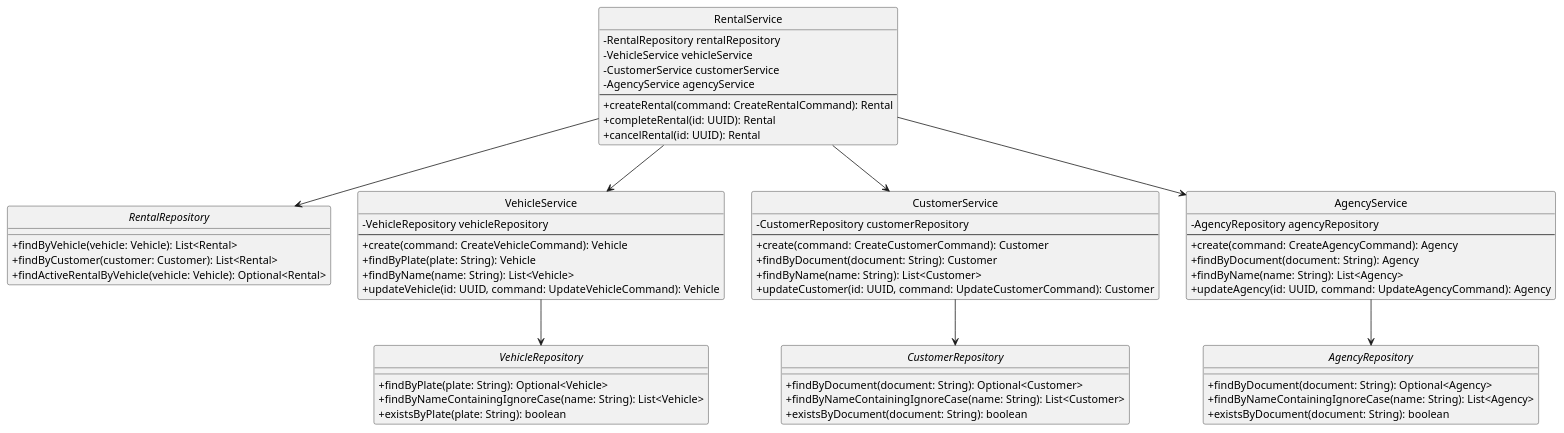
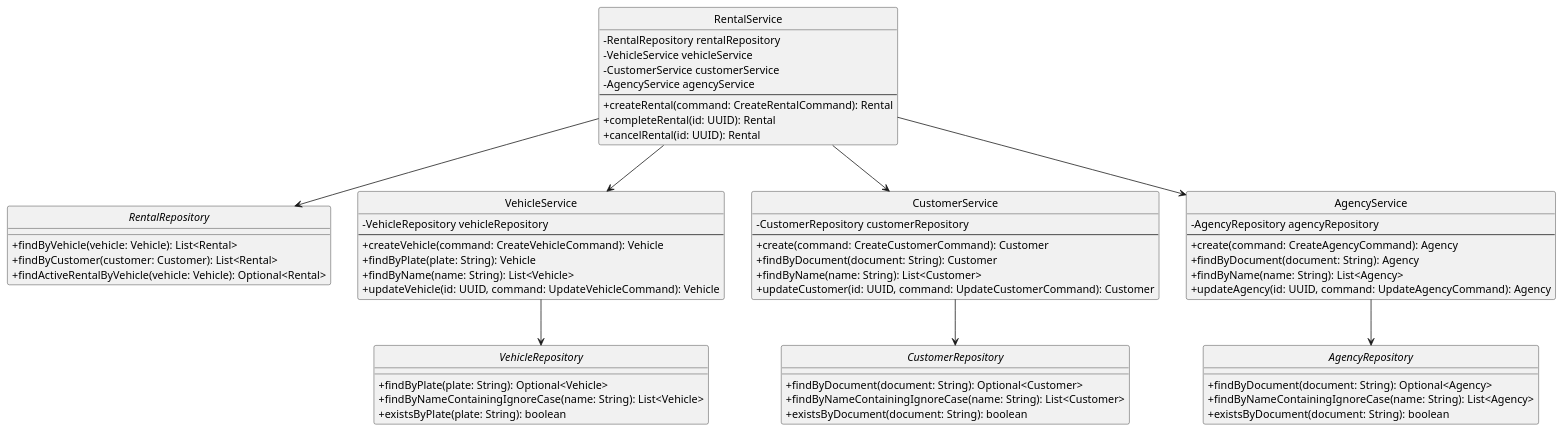
Before and after one commit to dluks82/coders24-vehicle-rental: the diagram in backend/assets/diagrams/ServicesAndRepositories.puml, drawn with PlantUML. The commit also changed 4 other files, not shown here.

```diff
--- a/backend/assets/diagrams/ServicesAndRepositories.puml
+++ b/backend/assets/diagrams/ServicesAndRepositories.puml
@@ -1,81 +1,81 @@
 @startuml Services and Repositories
 
 ' Styling
 skinparam classAttributeIconSize 0
 skinparam style strictuml
 skinparam componentStyle uml2
 
 ' Repositories
 interface VehicleRepository {
     +findByPlate(plate: String): Optional<Vehicle>
     +findByNameContainingIgnoreCase(name: String): List<Vehicle>
     +existsByPlate(plate: String): boolean
 }
 
 interface CustomerRepository {
     +findByDocument(document: String): Optional<Customer>
     +findByNameContainingIgnoreCase(name: String): List<Customer>
     +existsByDocument(document: String): boolean
 }
 
 interface AgencyRepository {
     +findByDocument(document: String): Optional<Agency>
     +findByNameContainingIgnoreCase(name: String): List<Agency>
     +existsByDocument(document: String): boolean
 }
 
 interface RentalRepository {
     +findByVehicle(vehicle: Vehicle): List<Rental>
     +findByCustomer(customer: Customer): List<Rental>
     +findActiveRentalByVehicle(vehicle: Vehicle): Optional<Rental>
 }
 
 ' Services
 class VehicleService {
     -VehicleRepository vehicleRepository
     --
-    +create(command: CreateVehicleCommand): Vehicle
+    +createVehicle(command: CreateVehicleCommand): Vehicle
     +findByPlate(plate: String): Vehicle
     +findByName(name: String): List<Vehicle>
     +updateVehicle(id: UUID, command: UpdateVehicleCommand): Vehicle
 }
 
 class CustomerService {
     -CustomerRepository customerRepository
     --
     +create(command: CreateCustomerCommand): Customer
     +findByDocument(document: String): Customer
     +findByName(name: String): List<Customer>
     +updateCustomer(id: UUID, command: UpdateCustomerCommand): Customer
 }
 
 class AgencyService {
     -AgencyRepository agencyRepository
     --
     +create(command: CreateAgencyCommand): Agency
     +findByDocument(document: String): Agency
     +findByName(name: String): List<Agency>
     +updateAgency(id: UUID, command: UpdateAgencyCommand): Agency
 }
 
 class RentalService {
     -RentalRepository rentalRepository
     -VehicleService vehicleService
     -CustomerService customerService
     -AgencyService agencyService
     --
     +createRental(command: CreateRentalCommand): Rental
     +completeRental(id: UUID): Rental
     +cancelRental(id: UUID): Rental
 }
 
 ' Service Dependencies
 VehicleService --> VehicleRepository
 CustomerService --> CustomerRepository
 AgencyService --> AgencyRepository
 RentalService --> RentalRepository
 RentalService --> VehicleService
 RentalService --> CustomerService
 RentalService --> AgencyService
 
 @enduml
```
